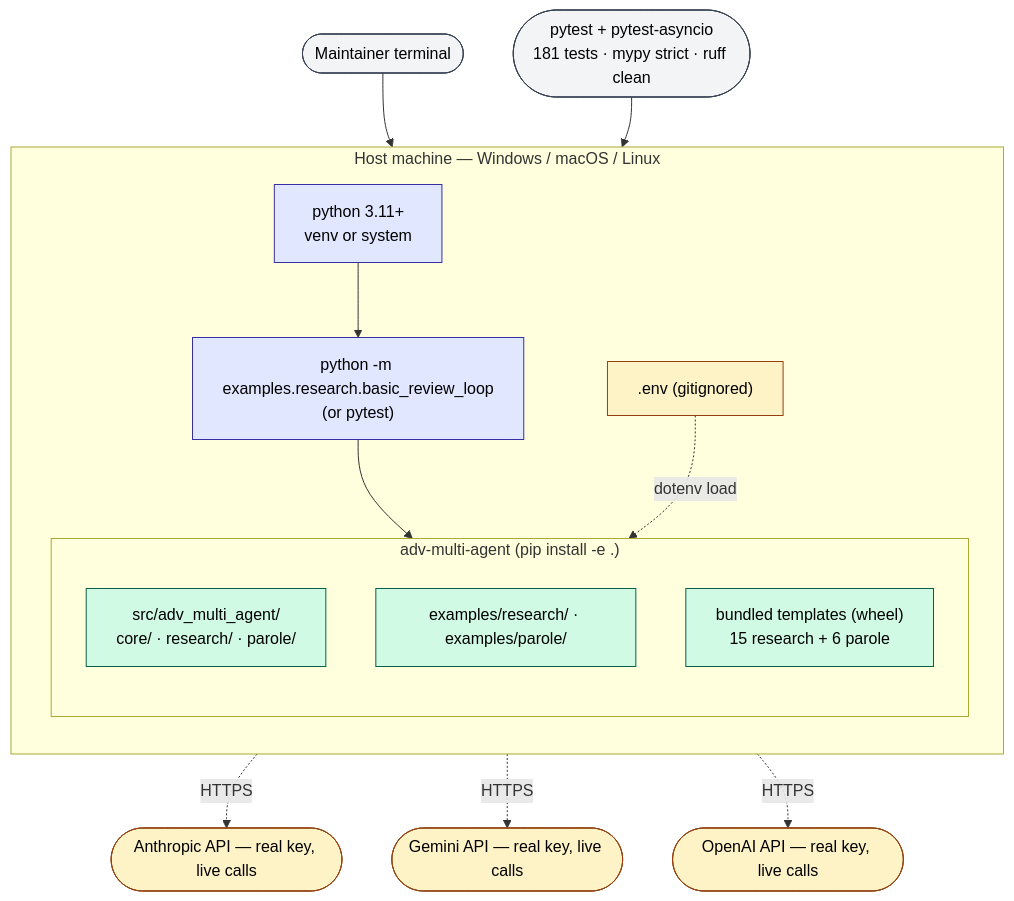
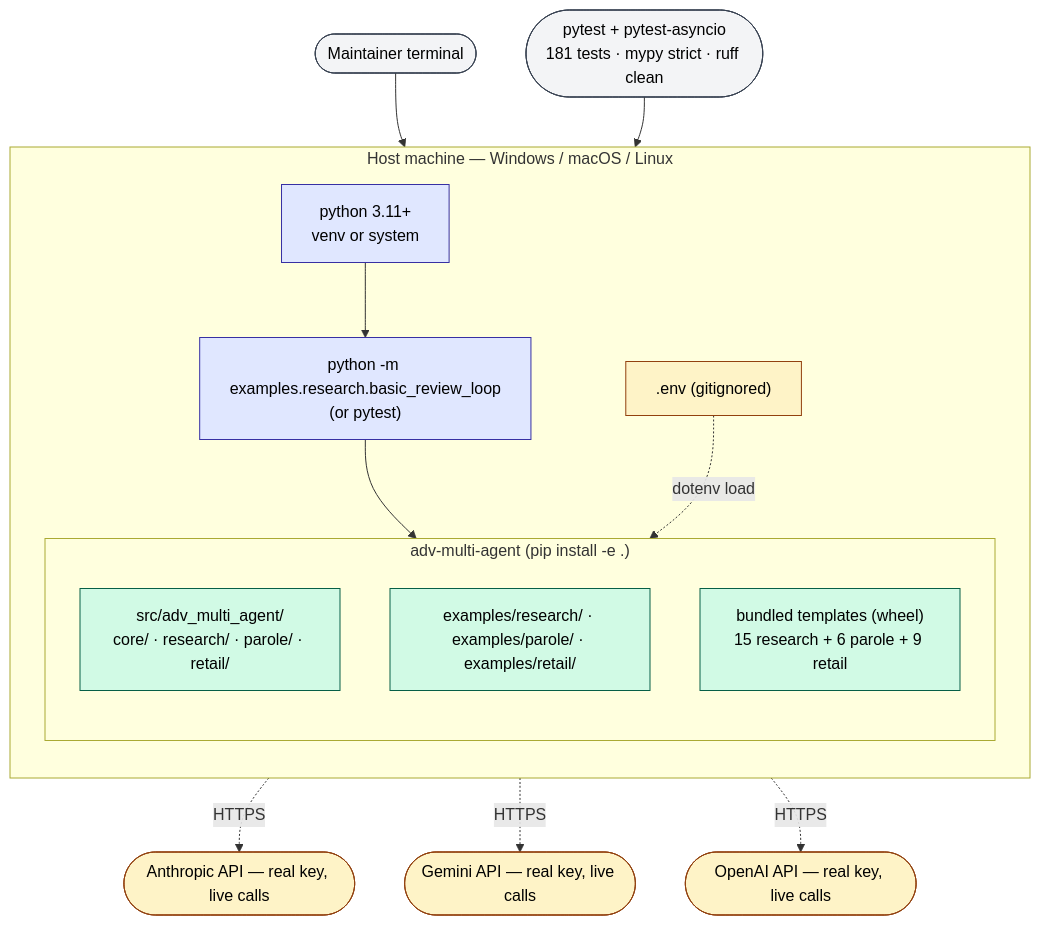
Before and after one commit to gmanch94/adversarial-multi-agent-lib: the second of 2 diagrams in docs/deployment-architecture.md, drawn with Mermaid. The commit also changed other lines of this file, not shown here.

Commit message:
docs(retail): refresh deployment-architecture.md for retail domain

````diff
--- a/docs/deployment-architecture.md
+++ b/docs/deployment-architecture.md
@@ -110,37 +122,37 @@
 ```mermaid
 flowchart TB
     classDef proc fill:#e0e7ff,stroke:#3730a3,color:#000
     classDef lib fill:#d1fae5,stroke:#065f46,color:#000
     classDef ext fill:#fef3c7,stroke:#92400e,color:#000
     classDef user fill:#f3f4f6,stroke:#374151,color:#000
 
     Dev([Maintainer terminal]):::user
     Pyt([pytest + pytest-asyncio<br/>181 tests · mypy strict · ruff clean]):::user
 
     subgraph Host["Host machine — Windows / macOS / Linux"]
         direction TB
         Py["python 3.11+<br/>venv or system"]:::proc
         EnvLocal[".env (gitignored)"]:::ext
         Example["python -m examples.research.basic_review_loop<br/>(or pytest)"]:::proc
 
         subgraph Pkg["adv-multi-agent (pip install -e .)"]
             direction TB
-            Src["src/adv_multi_agent/<br/>core/ · research/ · parole/"]:::lib
-            Examples["examples/research/ · examples/parole/"]:::lib
-            SkillsDir["bundled templates (wheel)<br/>15 research + 6 parole"]:::lib
+            Src["src/adv_multi_agent/<br/>core/ · research/ · parole/ · retail/"]:::lib
+            Examples["examples/research/ · examples/parole/ · examples/retail/"]:::lib
+            SkillsDir["bundled templates (wheel)<br/>15 research + 6 parole + 9 retail"]:::lib
         end
     end
 
     Anthro([Anthropic API — real key, live calls]):::ext
     GeminiDev([Gemini API — real key, live calls]):::ext
     OAI([OpenAI API — real key, live calls]):::ext
 
     Dev --> Py
     Pyt --> Py
     Py --> Example
     Example --> Src
     EnvLocal -. dotenv load .-> Src
     Src -. HTTPS .-> Anthro
     Src -. HTTPS .-> GeminiDev
     Src -. HTTPS .-> OAI
 ```
````
